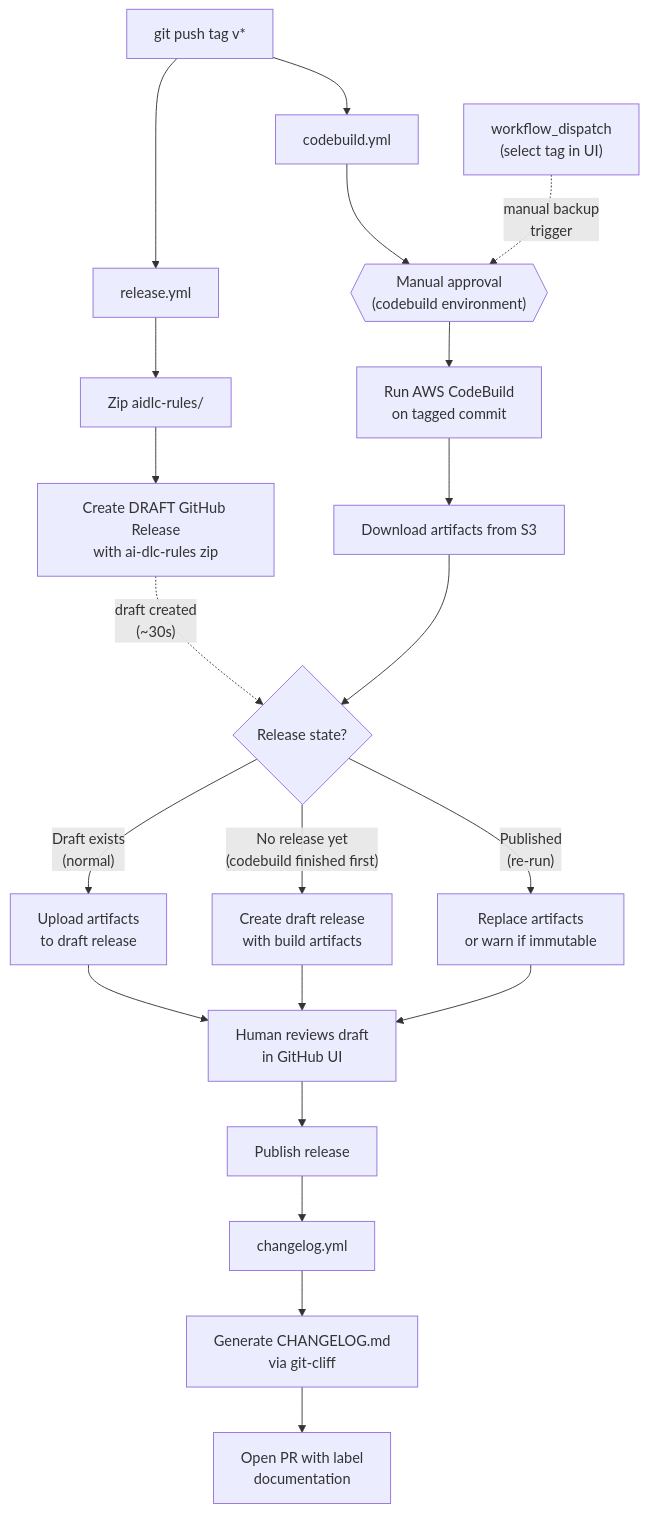
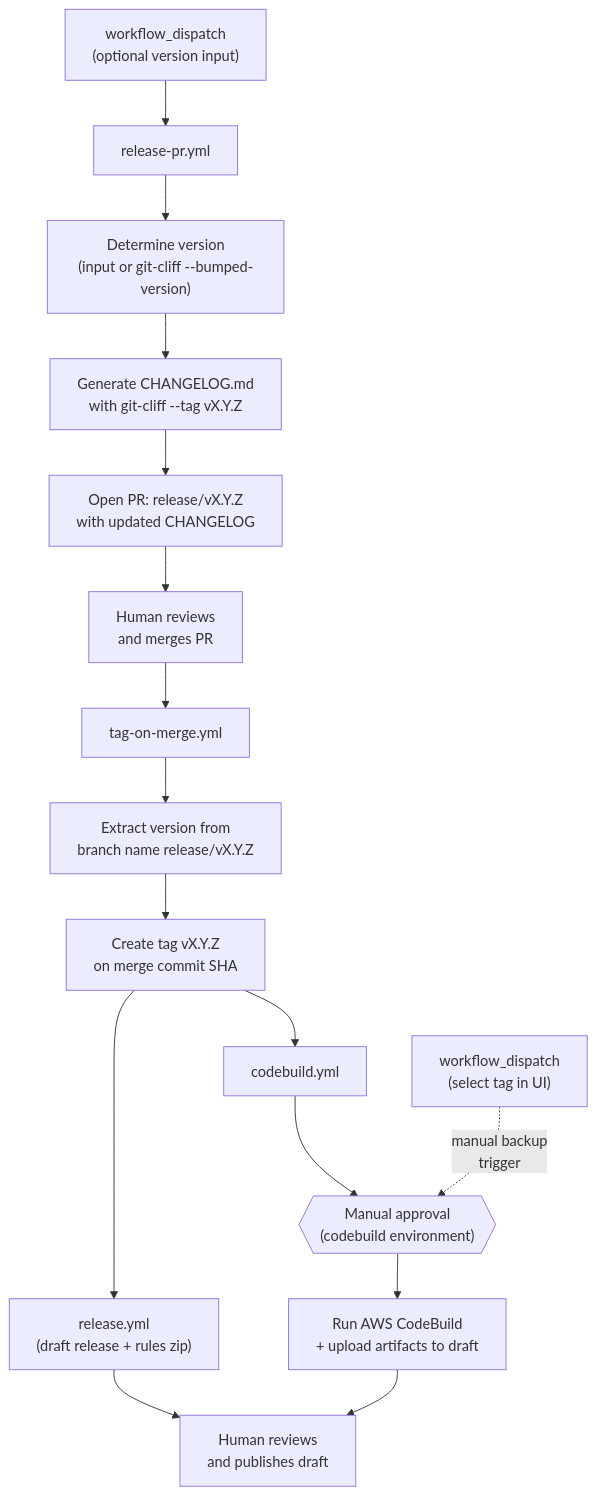
Before and after one commit to scottschreckengaust/aidlc-workflows: the first of 2 diagrams in docs/ADMINISTRATIVE_GUIDE.md, drawn with Mermaid. The commit also changed other lines of this file and 5 other files, not shown here.

First line of the commit message:
feat: changelog-first release flow with release PR and auto-tagging

````diff
--- a/docs/ADMINISTRATIVE_GUIDE.md
+++ b/docs/ADMINISTRATIVE_GUIDE.md
@@ -68,30 +70,23 @@
 ```mermaid
 flowchart TD
-    A["git push tag v*"] --> B["release.yml"]
-    A --> C["codebuild.yml"]
+    A["workflow_dispatch\n(optional version input)"] --> B["release-pr.yml"]
+    B --> C["Determine version\n(input or git-cliff --bumped-version)"]
+    C --> D["Generate CHANGELOG.md\nwith git-cliff --tag vX.Y.Z"]
+    D --> E["Open PR: release/vX.Y.Z\nwith updated CHANGELOG"]
 
-    B --> D["Zip aidlc-rules/"]
-    D --> E["Create DRAFT GitHub Release\nwith ai-dlc-rules zip"]
+    E --> F["Human reviews\nand merges PR"]
 
-    C --> F{{"Manual approval\n(codebuild environment)"}}
-    F --> G["Run AWS CodeBuild\non tagged commit"]
-    G --> H["Download artifacts from S3"]
+    F --> G["tag-on-merge.yml"]
+    G --> H["Extract version from\nbranch name release/vX.Y.Z"]
+    H --> I["Create tag vX.Y.Z\non merge commit SHA"]
 
-    E -.->|"draft created\n(~30s)"| I{"Release state?"}
-    H --> I
+    I --> J["release.yml\n(draft release + rules zip)"]
+    I --> K["codebuild.yml"]
+    K --> L{{"Manual approval\n(codebuild environment)"}}
+    L --> M["Run AWS CodeBuild\n+ upload artifacts to draft"]
 
-    I -- "Draft exists\n(normal)" --> J["Upload artifacts\nto draft release"]
-    I -- "No release yet\n(codebuild finished first)" --> K["Create draft release\nwith build artifacts"]
-    I -- "Published\n(re-run)" --> L["Replace artifacts\nor warn if immutable"]
+    J --> N["Human reviews\nand publishes draft"]
+    M --> N
 
-    J --> M["Human reviews draft\nin GitHub UI"]
-    K --> M
-    L --> M
-
-    M --> N["Publish release"]
-    N --> O["changelog.yml"]
-    O --> P["Generate CHANGELOG.md\nvia git-cliff"]
-    P --> Q["Open PR with label\ndocumentation"]
-
-    R["workflow_dispatch\n(select tag in UI)"] -.->|"manual backup\ntrigger"| F
+    O["workflow_dispatch\n(select tag in UI)"] -.->|"manual backup\ntrigger"| L
 ```
````
